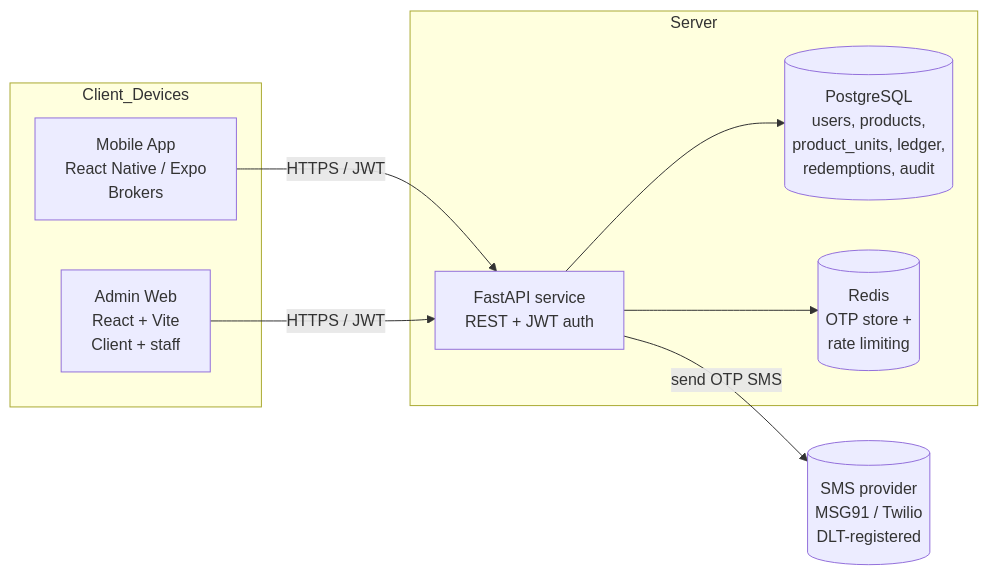
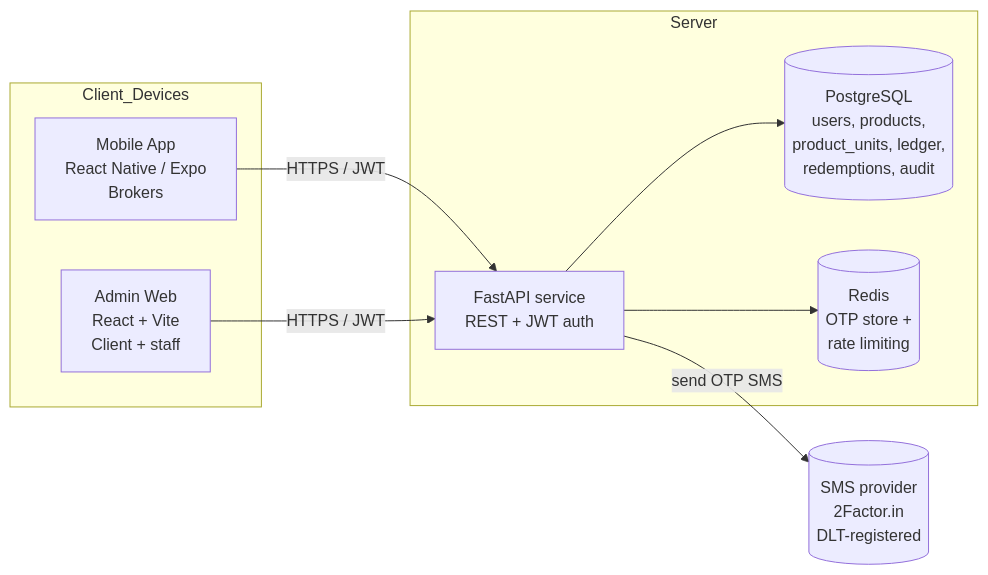
One commit to Naman-NSUT/gbrewards changed the first of 3 diagrams in TECH_SPEC.md. Above: the diagram before and after it, drawn with Mermaid. The commit also changed other lines of this file and 22 other files, not shown here.

First line of the commit message:
Add 2Factor.in OTP login (backend + mobile)

````diff
--- a/TECH_SPEC.md
+++ b/TECH_SPEC.md
@@ -13,20 +13,20 @@
 ```mermaid
 flowchart LR
   subgraph Client_Devices
     M[Mobile App\nReact Native / Expo\nBrokers]
     A[Admin Web\nReact + Vite\nClient + staff]
   end
 
   M -- HTTPS / JWT --> API
   A -- HTTPS / JWT --> API
 
   subgraph Server
     API[FastAPI service\nREST + JWT auth]
     DB[(PostgreSQL\nusers, products,\nproduct_units, ledger,\nredemptions, audit)]
     R[(Redis\nOTP store +\nrate limiting)]
   end
 
   API --> DB
   API --> R
-  API -- send OTP SMS --> SMS[(SMS provider\nMSG91 / Twilio\nDLT-registered)]
+  API -- send OTP SMS --> SMS[(SMS provider\n2Factor.in\nDLT-registered)]
 ```
````
